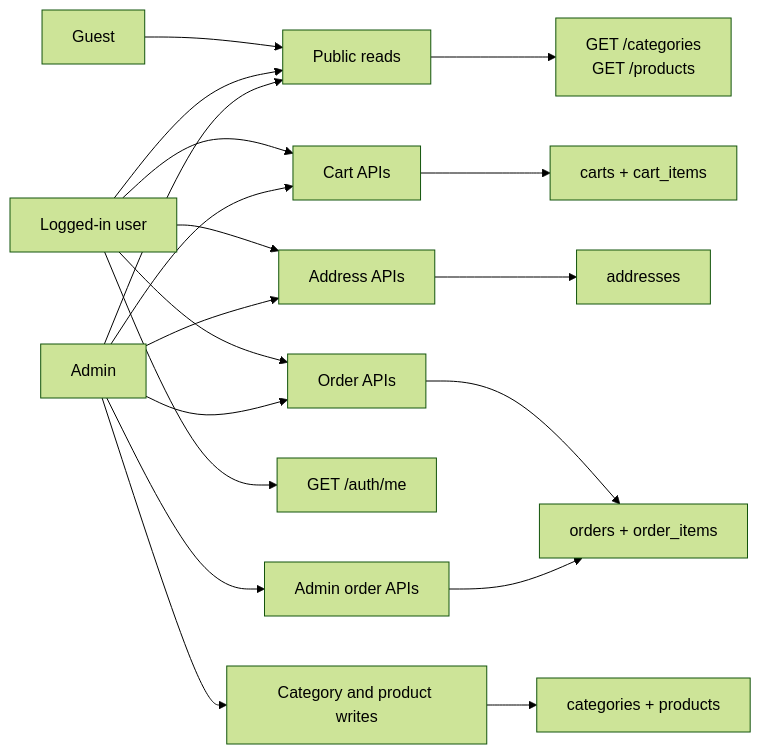
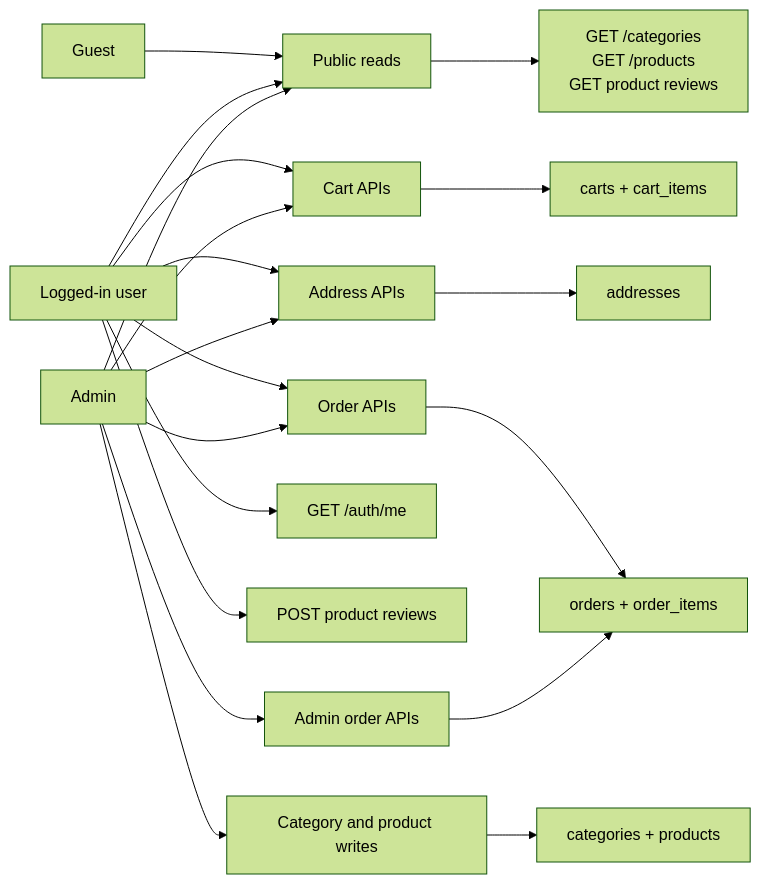
One commit to mahdi-code007/ecommerce-api-typescript changed the sixth of 6 diagrams in README.md. Above: the diagram before and after it, drawn with Mermaid (forest theme). The commit also changed other lines of this file and 18 other files, not shown here.

Commit message:
feat: add order filters reorder and product reviews

````diff
--- a/README.md
+++ b/README.md
@@ -501,22 +546,23 @@
 ```mermaid
 flowchart LR
   Guest["Guest"] --> Public["Public reads"]
   User["Logged-in user"] --> Public
   User --> CartAPI["Cart APIs"]
   User --> AddressAPI["Address APIs"]
   User --> OrderAPI["Order APIs"]
   User --> Me["GET /auth/me"]
+  User --> Reviews["POST product reviews"]
   Admin["Admin"] --> Public
   Admin --> CartAPI
   Admin --> AddressAPI
   Admin --> OrderAPI
   Admin --> AdminOrders["Admin order APIs"]
   Admin --> Writes["Category and product writes"]
 
-  Public --> Catalog["GET /categories<br/>GET /products"]
+  Public --> Catalog["GET /categories<br/>GET /products<br/>GET product reviews"]
   CartAPI --> CartTables["carts + cart_items"]
   AddressAPI --> AddressTable["addresses"]
   OrderAPI --> OrderTables["orders + order_items"]
   AdminOrders --> OrderTables
   Writes --> CatalogTables["categories + products"]
 ```
````
